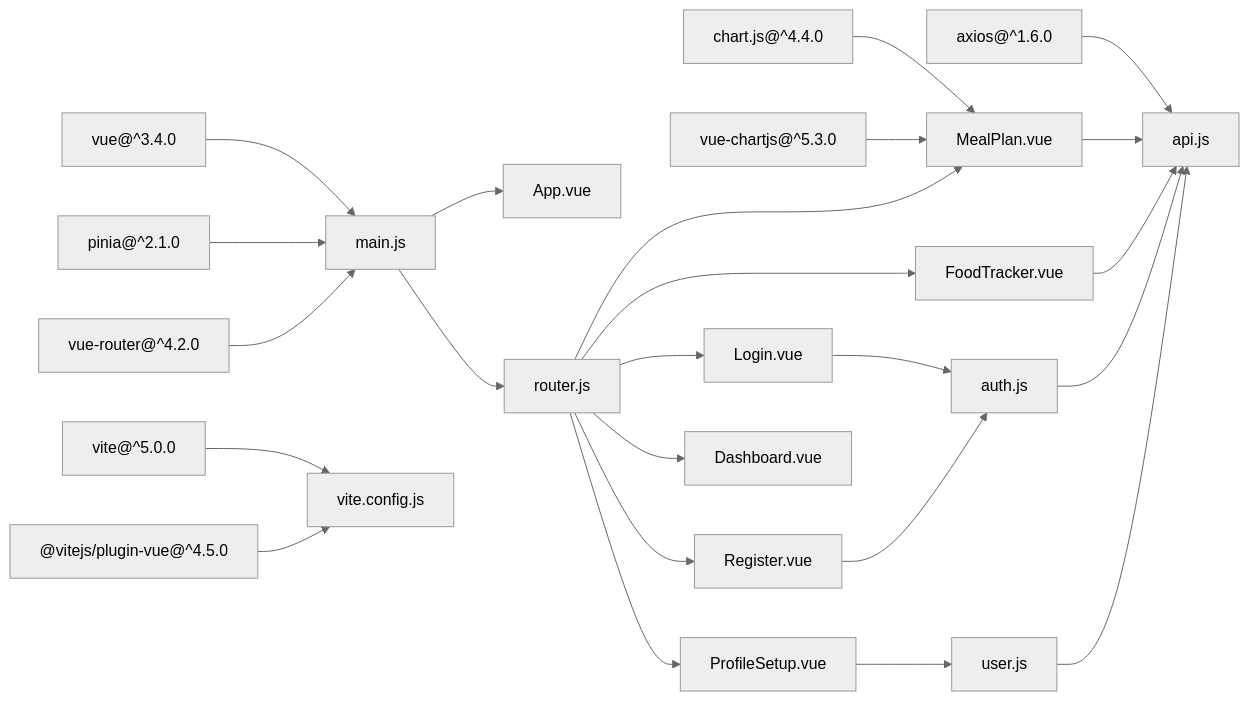
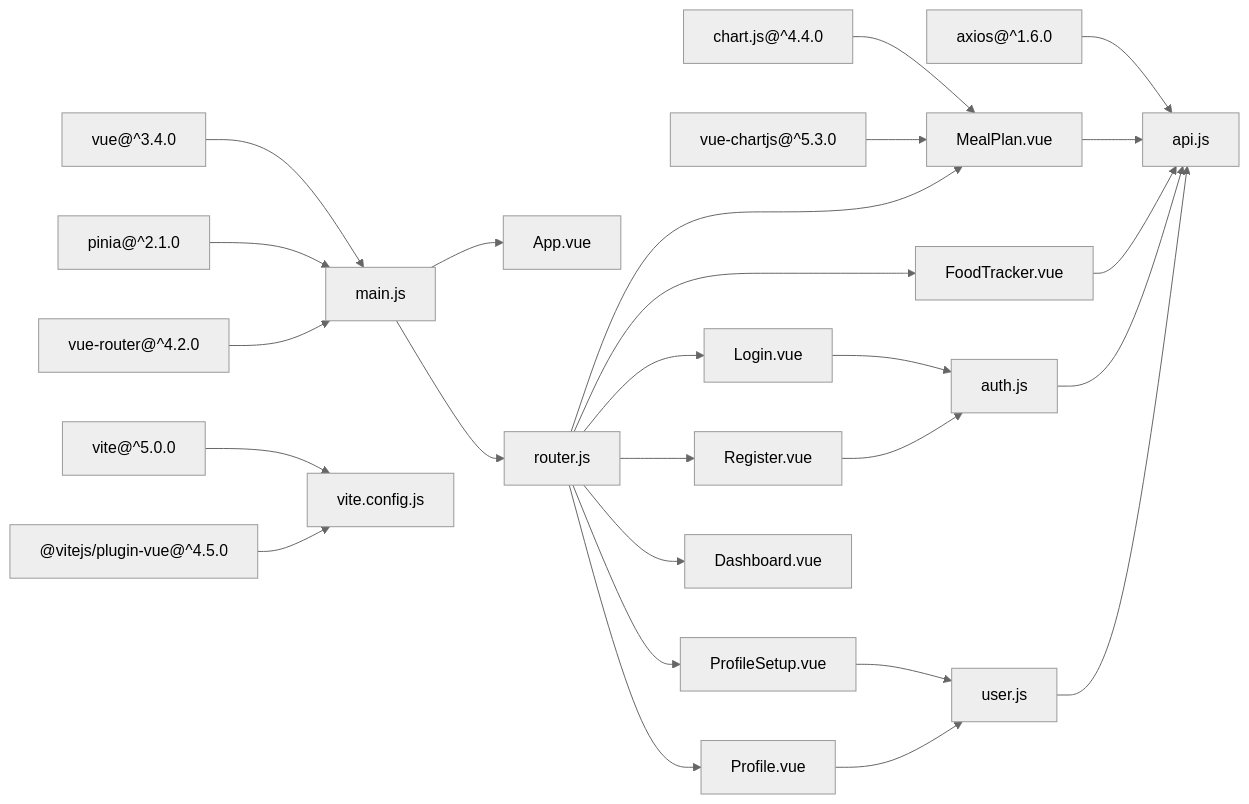
Before and after one commit to hsarjun04-netizen/NUTRICooACH: the third of 3 diagrams in .qoder/repowiki/en/content/Frontend Application/Vue.js Application Architecture.md, drawn with Mermaid (neutral theme). The commit also changed other lines of this file and 9 other files, not shown here.

````diff
--- a/.qoder/repowiki/en/content/Frontend Application/Vue.js Application Architecture.md
+++ b/.qoder/repowiki/en/content/Frontend Application/Vue.js Application Architecture.md
@@ -288,26 +322,28 @@
 ```mermaid
 graph LR
 Vue["vue@^3.4.0"] --> Main["main.js"]
 Pinia["pinia@^2.1.0"] --> Main
 Router["vue-router@^4.2.0"] --> Main
 Axios["axios@^1.6.0"] --> API["api.js"]
 ChartJS["chart.js@^4.4.0"] --> MealPlan["MealPlan.vue"]
 VueChartJS["vue-chartjs@^5.3.0"] --> MealPlan
 Vite["vite@^5.0.0"] --> VCfg["vite.config.js"]
 VPlugin["@vitejs/plugin-vue@^4.5.0"] --> VCfg
 Main --> App["App.vue"]
 Main --> RouterCfg["router.js"]
 RouterCfg --> Login["Login.vue"]
 RouterCfg --> Register["Register.vue"]
-RouterCfg --> Profile["ProfileSetup.vue"]
+RouterCfg --> ProfileSetup["ProfileSetup.vue"]
+RouterCfg --> Profile["Profile.vue"]
 RouterCfg --> Dashboard["Dashboard.vue"]
 RouterCfg --> MealPlan
 RouterCfg --> Tracker["FoodTracker.vue"]
 Login --> AuthStore["auth.js"]
 Register --> AuthStore
-Profile --> UserStore["user.js"]
+ProfileSetup --> UserStore["user.js"]
+Profile --> UserStore
 MealPlan --> API
 Tracker --> API
 AuthStore --> API
 UserStore --> API
 ```
````
